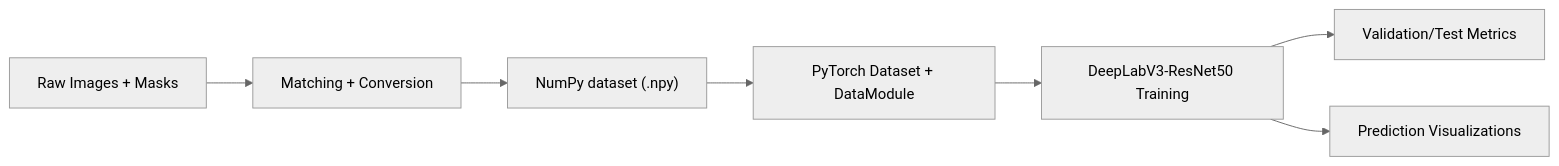
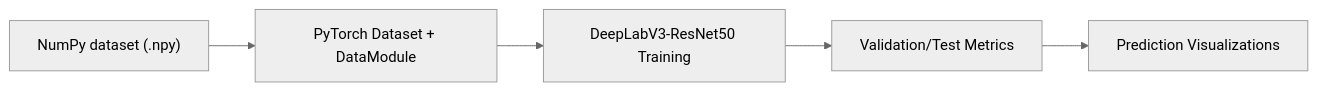
The diagram in README.md (khoale15/Driverlane_seg_deeplab), drawn with Mermaid (neutral theme) before and after one commit.

````diff
--- a/README.md
+++ b/README.md
@@ -23,9 +23,7 @@
 ```mermaid
 flowchart LR
-    A["Raw Images + Masks"] --> B["Matching + Conversion"]
-    B --> C["NumPy dataset (.npy)"]
-    C --> D["PyTorch Dataset + DataModule"]
-    D --> E["DeepLabV3-ResNet50 Training"]
-    E --> F["Validation/Test Metrics"]
-    E --> G["Prediction Visualizations"]
+    A["NumPy dataset (.npy)"] --> B["PyTorch Dataset + DataModule"]
+    B --> C["DeepLabV3-ResNet50 Training"]
+    C --> D["Validation/Test Metrics"]
+    D --> E["Prediction Visualizations"]
 ```
````
